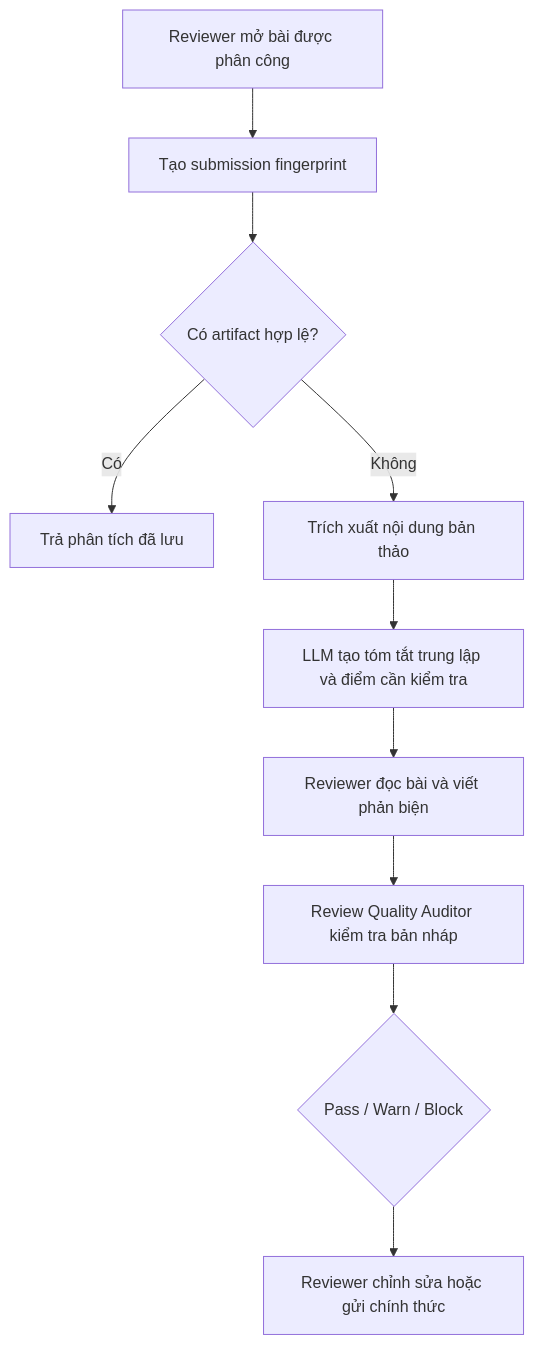
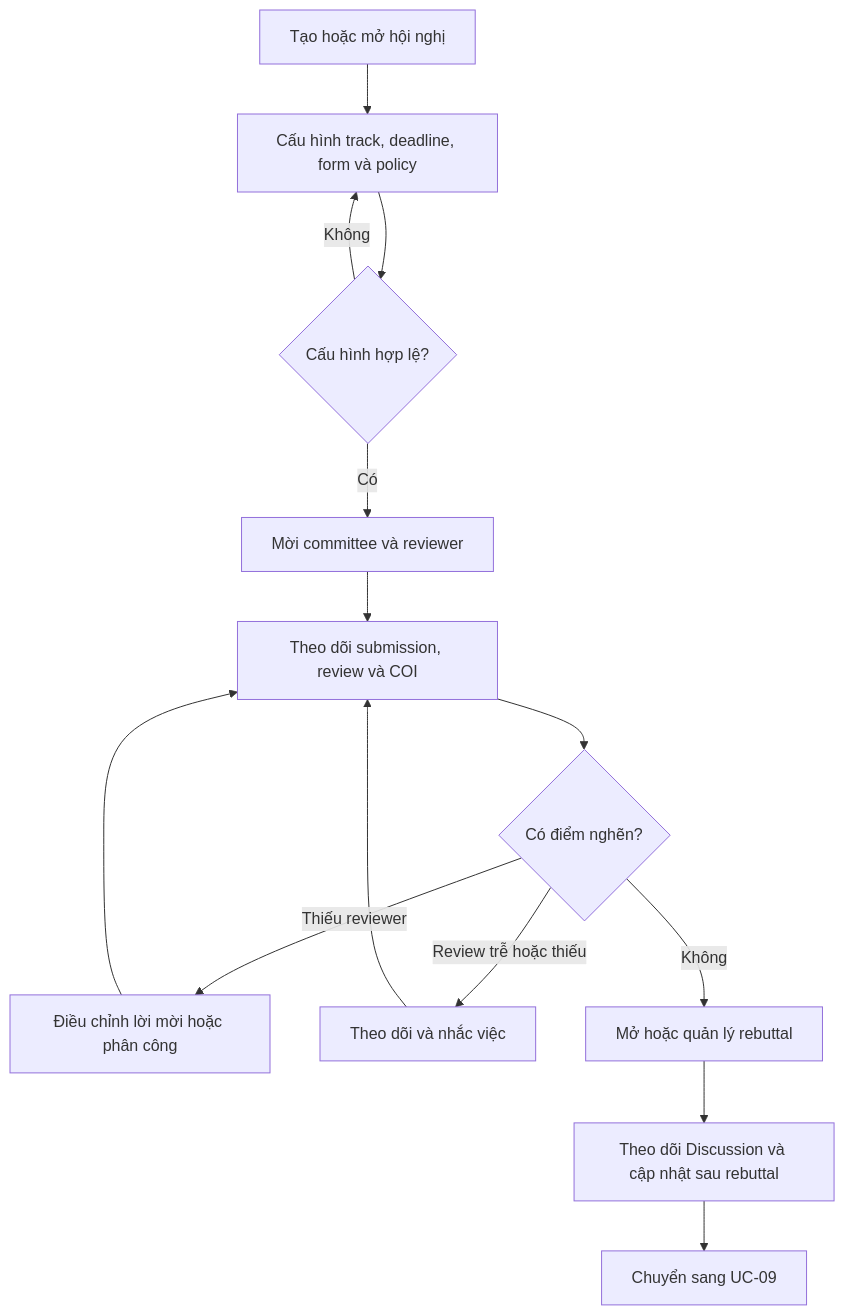
The tenth of 33 diagrams in docs/report/compiled/final_combined/03-xay-dung-he-thong.md (5CLCsCan/ConferenceSpace), drawn with Mermaid before and after one commit. The commit also changed other lines of this file, not shown here.

````diff
--- a/docs/report/compiled/final_combined/03-xay-dung-he-thong.md
+++ b/docs/report/compiled/final_combined/03-xay-dung-he-thong.md
@@ -200,12 +506,16 @@
 ```mermaid
 flowchart TD
-    A["Reviewer mở bài được phân công"] --> B["Tạo submission fingerprint"]
-    B --> C{"Có artifact hợp lệ?"}
-    C -- "Có" --> D["Trả phân tích đã lưu"]
-    C -- "Không" --> E["Trích xuất nội dung bản thảo"]
-    E --> F["LLM tạo tóm tắt trung lập và điểm cần kiểm tra"]
-    F --> G["Reviewer đọc bài và viết phản biện"]
-    G --> H["Review Quality Auditor kiểm tra bản nháp"]
-    H --> I{"Pass / Warn / Block"}
-    I --> J["Reviewer chỉnh sửa hoặc gửi chính thức"]
+    A["Tạo hoặc mở hội nghị"] --> B["Cấu hình track, deadline, form và policy"]
+    B --> C{"Cấu hình hợp lệ?"}
+    C -- "Không" --> B
+    C -- "Có" --> D["Mời committee và reviewer"]
+    D --> E["Theo dõi submission, review và COI"]
+    E --> F{"Có điểm nghẽn?"}
+    F -- "Thiếu reviewer" --> G["Điều chỉnh lời mời hoặc phân công"]
+    F -- "Review trễ hoặc thiếu" --> H["Theo dõi và nhắc việc"]
+    F -- "Không" --> I["Mở hoặc quản lý rebuttal"]
+    G --> E
+    H --> E
+    I --> J["Theo dõi Discussion và cập nhật sau rebuttal"]
+    J --> K["Chuyển sang UC-09"]
 ```
````
